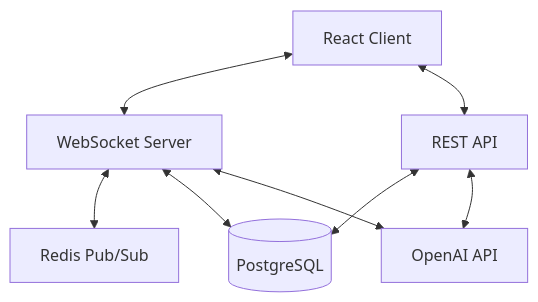
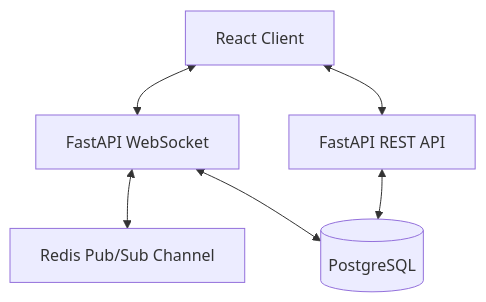
One commit to narendranadh6/chat-server changed the diagram in README.md. Above: the diagram before and after it, drawn with Mermaid. The commit also changed other lines of this file and 32 other files, not shown here.

Commit message:
feat: migrate backend to FastAPI with Redis and PostgreSQL

````diff
--- a/README.md
+++ b/README.md
@@ -18,10 +12,8 @@
 ```mermaid
 graph TD
-    Client[React Client] <--> WS[WebSocket Server]
-    Client <--> API[REST API]
-    WS <--> Redis[Redis Pub/Sub]
+    Client[React Client] <--> WS[FastAPI WebSocket]
+    Client <--> API[FastAPI REST API]
+    WS <--> Redis[Redis Pub/Sub Channel]
     WS <--> DB[(PostgreSQL)]
     API <--> DB
-    API <--> AI[OpenAI API]
-    WS <--> AI
 ```
````
